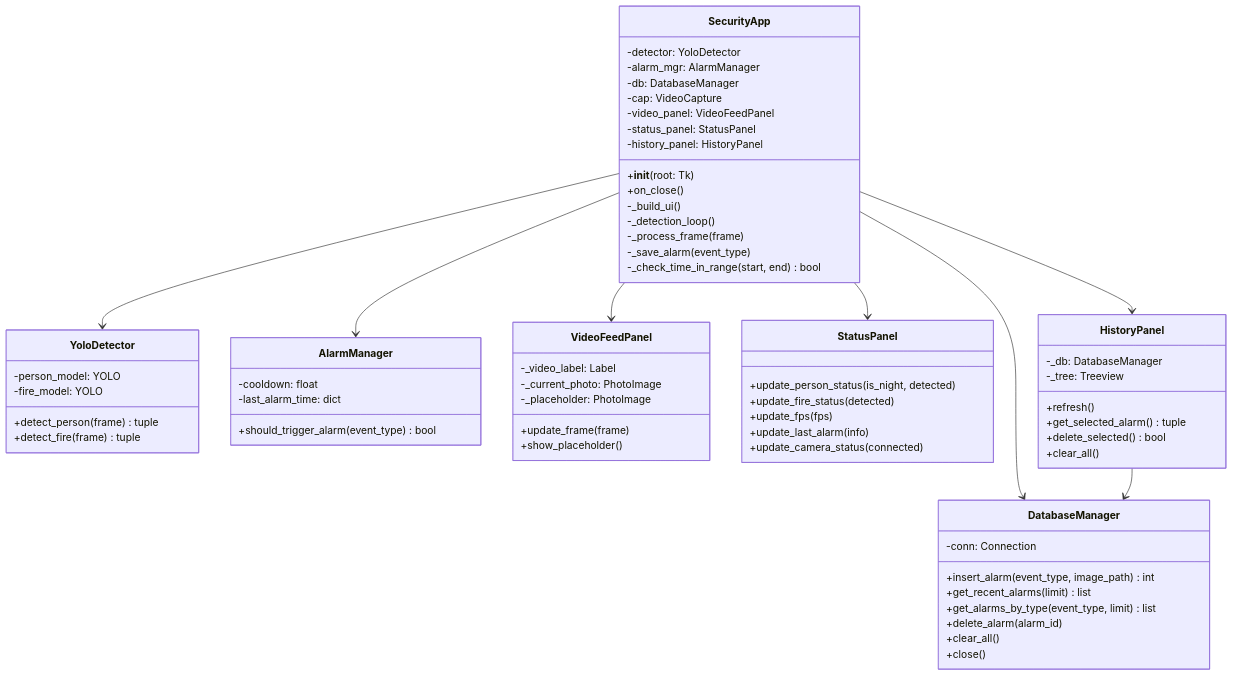
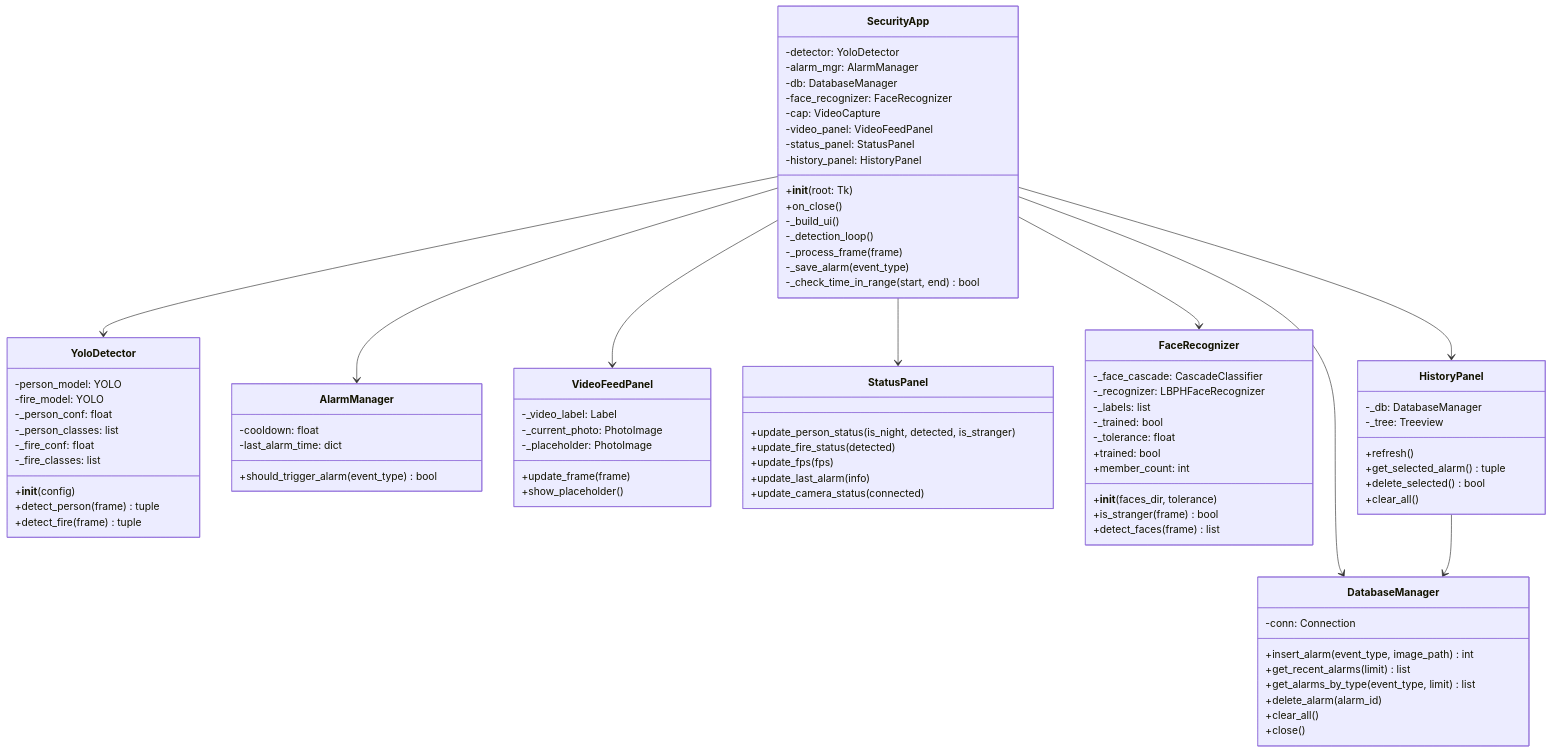
The third of 4 diagrams in docs/设计文档.md (jaso983/Home-Security-Monitor), drawn with Mermaid before and after one commit. The commit also changed other lines of this file and 42 other files, not shown here.

```diff
--- a/docs/设计文档.md
+++ b/docs/设计文档.md
@@ -150,6 +169,7 @@
         -detector: YoloDetector
         -alarm_mgr: AlarmManager
         -db: DatabaseManager
+        -face_recognizer: FaceRecognizer
         -cap: VideoCapture
         -video_panel: VideoFeedPanel
         -status_panel: StatusPanel
@@ -166,6 +186,11 @@
     class YoloDetector {
         -person_model: YOLO
         -fire_model: YOLO
+        -_person_conf: float
+        -_person_classes: list
+        -_fire_conf: float
+        -_fire_classes: list
+        +__init__(config)
         +detect_person(frame) tuple
         +detect_fire(frame) tuple
     }
@@ -195,11 +220,24 @@
     }
 
     class StatusPanel {
-        +update_person_status(is_night, detected)
+        +update_person_status(is_night, detected, is_stranger)
         +update_fire_status(detected)
         +update_fps(fps)
         +update_last_alarm(info)
         +update_camera_status(connected)
+    }
+
+    class FaceRecognizer {
+        -_face_cascade: CascadeClassifier
+        -_recognizer: LBPHFaceRecognizer
+        -_labels: list
+        -_trained: bool
+        -_tolerance: float
+        +__init__(faces_dir, tolerance)
+        +is_stranger(frame) bool
+        +detect_faces(frame) list
+        +trained: bool
+        +member_count: int
     }
 
     class HistoryPanel {
@@ -214,6 +252,7 @@
     SecurityApp --> YoloDetector
     SecurityApp --> AlarmManager
     SecurityApp --> DatabaseManager
+    SecurityApp --> FaceRecognizer
     SecurityApp --> VideoFeedPanel
     SecurityApp --> StatusPanel
     SecurityApp --> HistoryPanel
```
